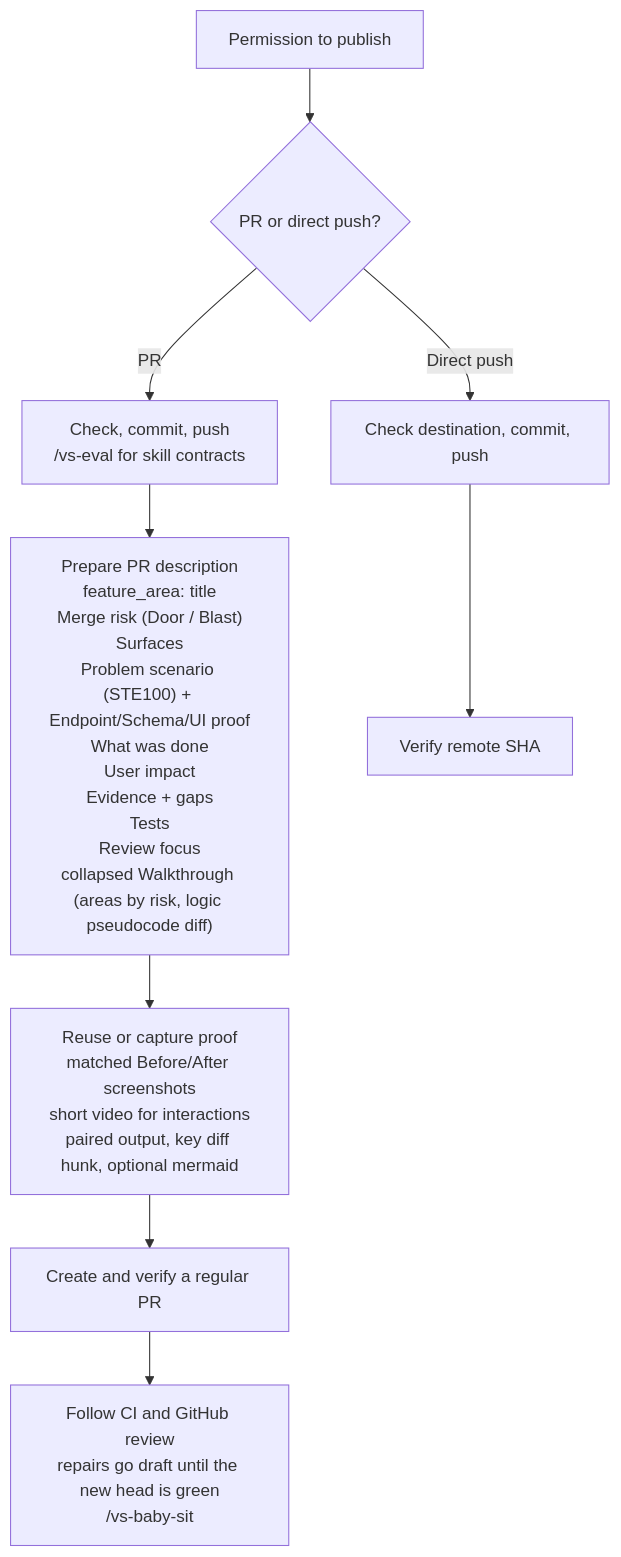
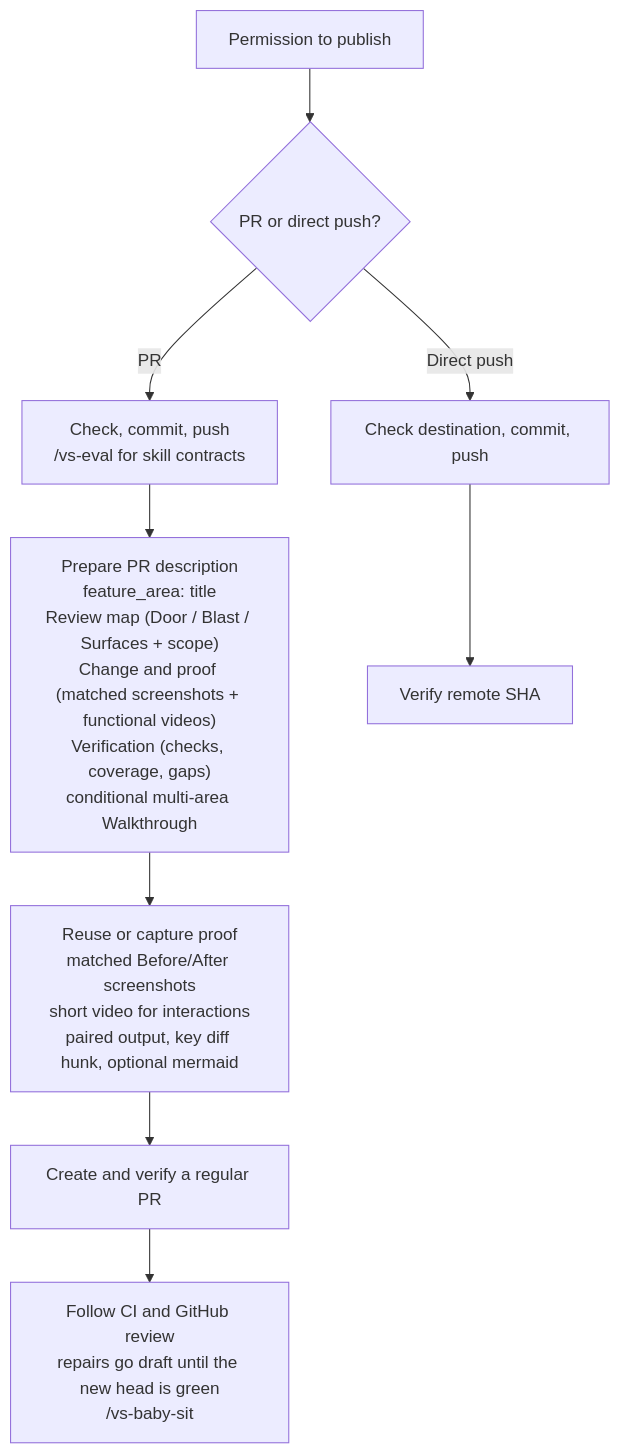
Before and after one commit to vltansky/vs: the fourth of 4 diagrams in README.md, drawn with Mermaid. The commit also changed 23 other files, not shown here.

````diff
--- a/README.md
+++ b/README.md
@@ -103,9 +103,9 @@
 ```mermaid
 flowchart TD
     I[Permission to publish] --> D{PR or direct push?}
     D -- PR --> C["Check, commit, push<br/>/vs-eval for skill contracts"]
-    C --> B["Prepare PR description<br/>feature_area: title<br/>Merge risk (Door / Blast)<br/>Surfaces<br/>Problem scenario (STE100) + Endpoint/Schema/UI proof<br/>What was done<br/>User impact<br/>Evidence + gaps<br/>Tests<br/>Review focus<br/>collapsed Walkthrough (areas by risk, logic pseudocode diff)"]
+    C --> B["Prepare PR description<br/>feature_area: title<br/>Review map (Door / Blast / Surfaces + scope)<br/>Change and proof (matched screenshots + functional videos)<br/>Verification (checks, coverage, gaps)<br/>conditional multi-area Walkthrough"]
     B --> M["Reuse or capture proof<br/>matched Before/After screenshots<br/>short video for interactions<br/>paired output, key diff hunk, optional mermaid"]
     M --> O[Create and verify a regular PR] --> W["Follow CI and GitHub review<br/>repairs go draft until the new head is green<br/>/vs-baby-sit"]
     D -- Direct push --> F[Check destination, commit, push] --> S[Verify remote SHA]
 ```
````
